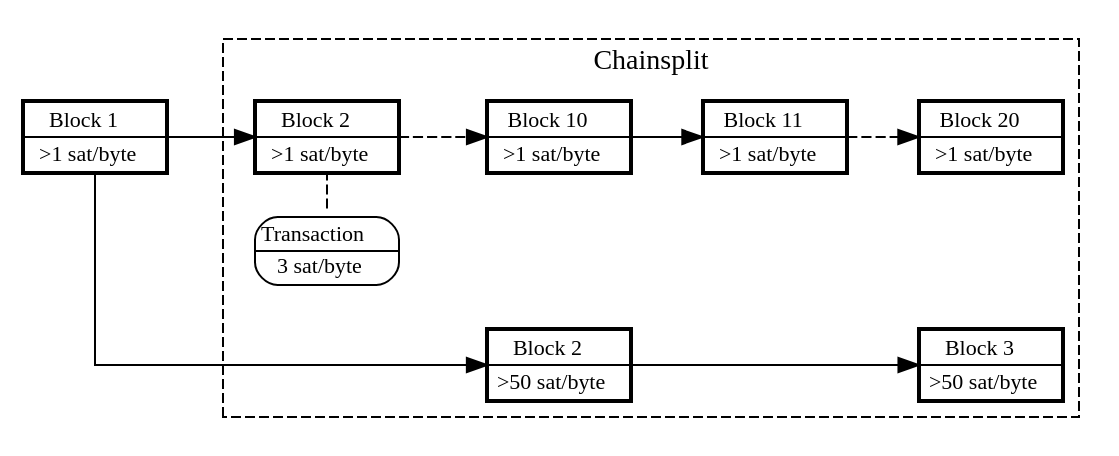
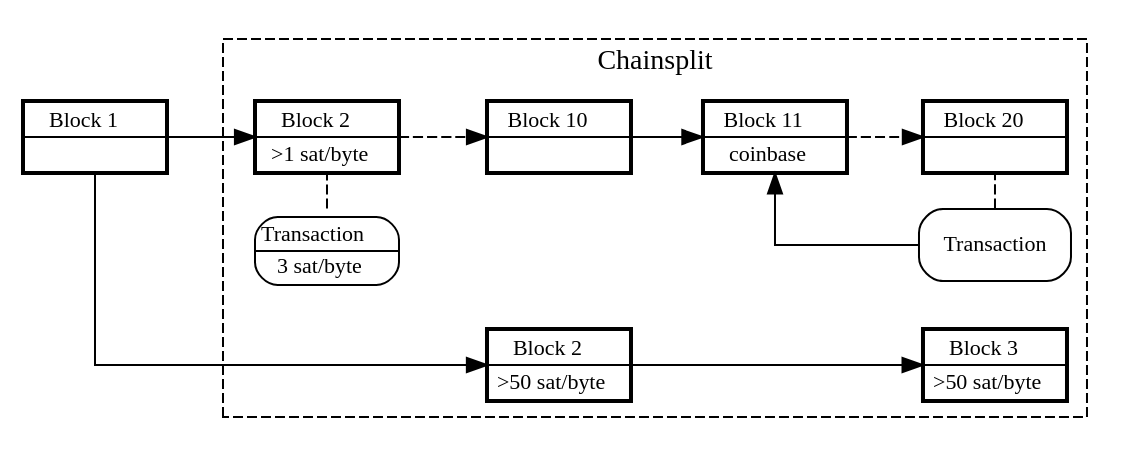
One commit to Sjors/nado-book changed the diagram in taproot/split.dot. Above: the diagram before and after it, drawn with Graphviz. The commit also changed 1 other file, not shown here.

Commit message:
Illustrate coinbase replay protection

```diff
--- a/taproot/split.dot
+++ b/taproot/split.dot
@@ -1,84 +1,87 @@
 digraph {
     node [fontname="lmodern" fontsize=11 ]
 
     splines=ortho
 
     tx [shape=plaintext label=<
            <table border="1" cellborder="0" cellspacing="0" style="rounded">
              <tr><td> Transaction </td></tr><hr/>
              <tr><td>3 sat/byte</td></tr>
            </table>>]
 
+    tx2 [shape=box style="rounded" label="Transaction"]
+
     node [fixedsize=true width=1 shape=box style="bold"]
     edge [fontname="lmodern" fontsize=11];
 
     rankdir="LR";
 
     1  [label=<
            <table border="0" cellborder="0" cellspacing="1">
              <tr><td>     Block 1     </td></tr><hr/>
-             <tr><td>&gt;1 sat/byte</td></tr>
+             <tr><td> </td></tr>
            </table>>]
 
     a2  [label=<
           <table border="0" cellborder="0" cellspacing="1">
             <tr><td>     Block 2     </td></tr><hr/>
             <tr><td>&gt;1 sat/byte</td></tr>
           </table>>]
     a10  [label=<
           <table border="0" cellborder="0" cellspacing="1">
             <tr><td>    Block 10    </td></tr><hr/>
-            <tr><td>&gt;1 sat/byte</td></tr>
+            <tr><td> </td></tr>
           </table>>]
     a11  [label=<
           <table border="0" cellborder="0" cellspacing="1">
             <tr><td>    Block 11    </td></tr><hr/>
-            <tr><td>&gt;1 sat/byte</td></tr>
+            <tr><td>coinbase</td></tr>
           </table>>]
     a20  [label=<
           <table border="0" cellborder="0" cellspacing="1">
             <tr><td>    Block 20    </td></tr><hr/>
-            <tr><td>&gt;1 sat/byte</td></tr>
+            <tr><td> </td></tr>
           </table>>]
 
     b_dummy [style=invis]
 
     b2  [label=<
           <table border="0" cellborder="0" cellspacing="1">
             <tr><td>     Block 2     </td></tr><hr/>
             <tr><td>&gt;50 sat/byte</td></tr>
           </table>>]
     b3  [label=<
           <table border="0" cellborder="0" cellspacing="1">
             <tr><td>     Block 3     </td></tr><hr/>
             <tr><td>&gt;50 sat/byte</td></tr>
           </table>>]
 
     subgraph cluster_split {
         label="Chainsplit"
         style=dashed
 
         edge[weight=3 group=blocks]
         a2 -> a10 [style=dashed]
         a10 -> a11
         a11 -> a20 [style=dashed]
 
         edge[weight=2 group=blocks]
         b_dummy -> b2 [tailclip=false]
         b2 -> b3
 
         { rank=same a10 b2 }
-        { rank=same a20 b3 }
+        { rank=same a20 b3 tx2 }
         { rank=same a2 tx b_dummy }
 
         tx -> a2 [arrowhead=none style=dashed]
-        /* tx -> b2 */
+        tx2 -> a20 [arrowhead=none style=dashed]
+        tx2 -> a11
 
     }
 
     edge[weight=3 group=blocks]
     1 -> a2
 
     edge[weight=2 group=blocks headclip=false]
     1 -> b_dummy [arrowhead=none]
 }
```
